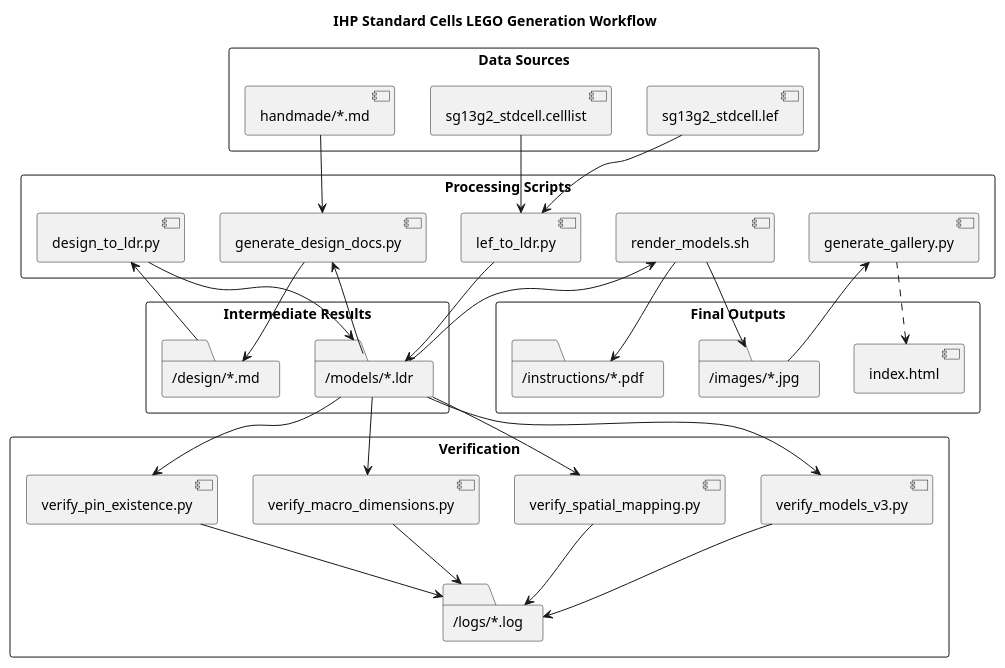
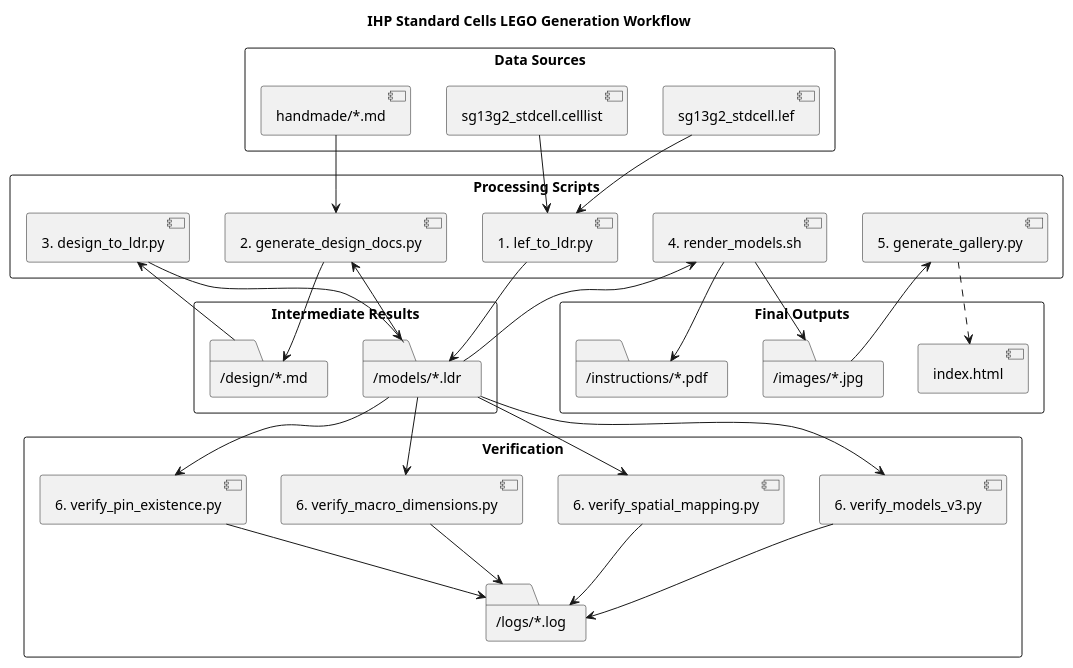
Before and after one commit to chatelao/ihp-standard-cells-lego: the diagram in specifications/workflow.puml, drawn with PlantUML.

Commit message:
docs: add step numbers to workflow diagram
Update specifications/workflow.puml to include numerical prefixes (1-6)
for processing and verification scripts. This clarifies the execution
order in the project's generation and verification chain.

- Processing scripts: 1 (LEF to LDR), 2 (Gen Docs), 3 (Design to LDR), 4 (Render), 5 (Gallery)
- Verification scripts: 6 (V3, Spatial, Dimensions, Pins)

```diff
--- a/specifications/workflow.puml
+++ b/specifications/workflow.puml
@@ -1,69 +1,69 @@
 @startuml
 skinparam monochrome true
 skinparam packageStyle rectangle
 skinparam shadowing false
 
 title IHP Standard Cells LEGO Generation Workflow
 
 package "Data Sources" {
     [sg13g2_stdcell.lef] as LEF
     [sg13g2_stdcell.celllist] as List
     [handmade/*.md] as Handmade
 }
 
 package "Processing Scripts" {
-    [lef_to_ldr.py] as LEF2LDR
-    [generate_design_docs.py] as GenDocs
-    [design_to_ldr.py] as Design2LDR
-    [render_models.sh] as Render
-    [generate_gallery.py] as GenGallery
+    [1. lef_to_ldr.py] as LEF2LDR
+    [2. generate_design_docs.py] as GenDocs
+    [3. design_to_ldr.py] as Design2LDR
+    [4. render_models.sh] as Render
+    [5. generate_gallery.py] as GenGallery
 }
 
 package "Intermediate Results" {
     folder "/models/*.ldr" as LDRs
     folder "/design/*.md" as Docs
 }
 
 package "Final Outputs" {
     folder "/images/*.jpg" as Images
     folder "/instructions/*.pdf" as PDFs
     [index.html] as Gallery
 }
 
 package "Verification" {
-    [verify_models_v3.py] as V3
-    [verify_spatial_mapping.py] as Spatial
-    [verify_macro_dimensions.py] as Dim
-    [verify_pin_existence.py] as Pins
+    [6. verify_models_v3.py] as V3
+    [6. verify_spatial_mapping.py] as Spatial
+    [6. verify_macro_dimensions.py] as Dim
+    [6. verify_pin_existence.py] as Pins
     folder "/logs/*.log" as Logs
 }
 
 LEF --> LEF2LDR
 List --> LEF2LDR
 LEF2LDR --> LDRs
 
 LDRs --> GenDocs
 Handmade --> GenDocs
 GenDocs --> Docs
 
 Docs --> Design2LDR
 Design2LDR --> LDRs
 
 LDRs --> Render
 Render --> Images
 Render --> PDFs
 
 Images --> GenGallery
 Gallery <.. GenGallery
 
 LDRs --> V3
 LDRs --> Spatial
 LDRs --> Dim
 LDRs --> Pins
 
 V3 --> Logs
 Spatial --> Logs
 Dim --> Logs
 Pins --> Logs
 
 @enduml
```
